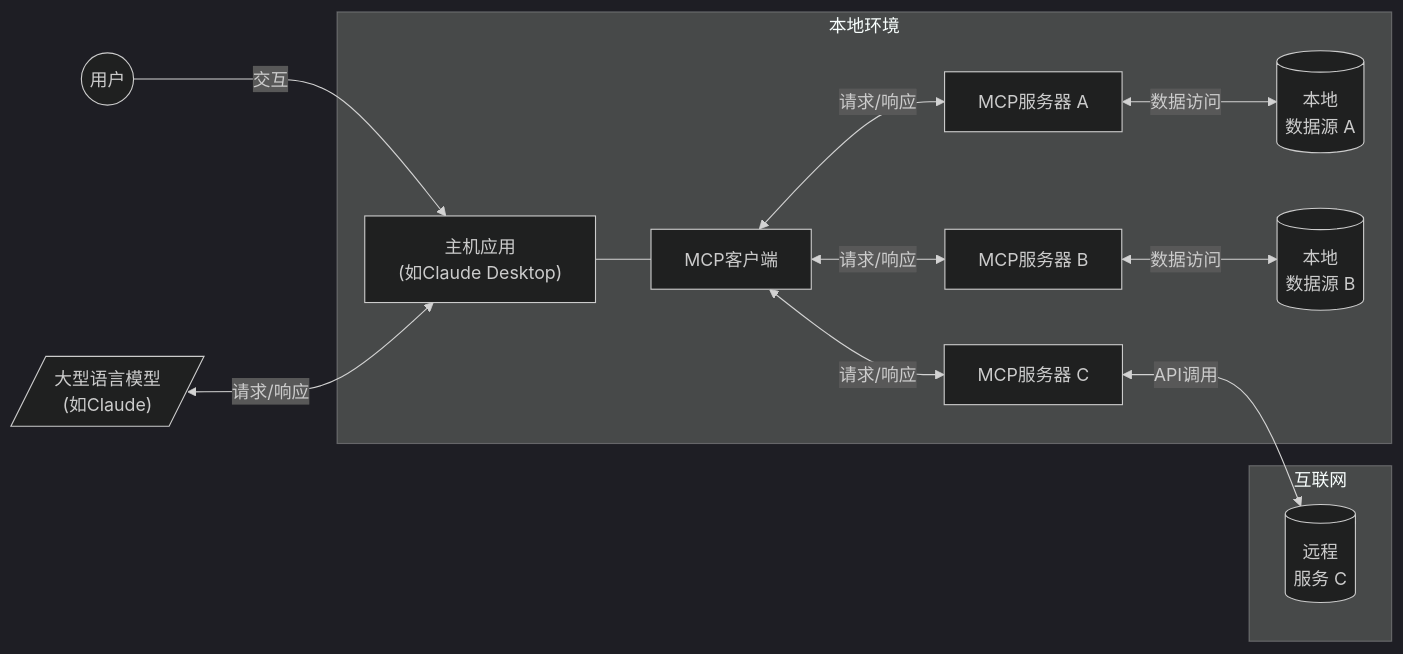
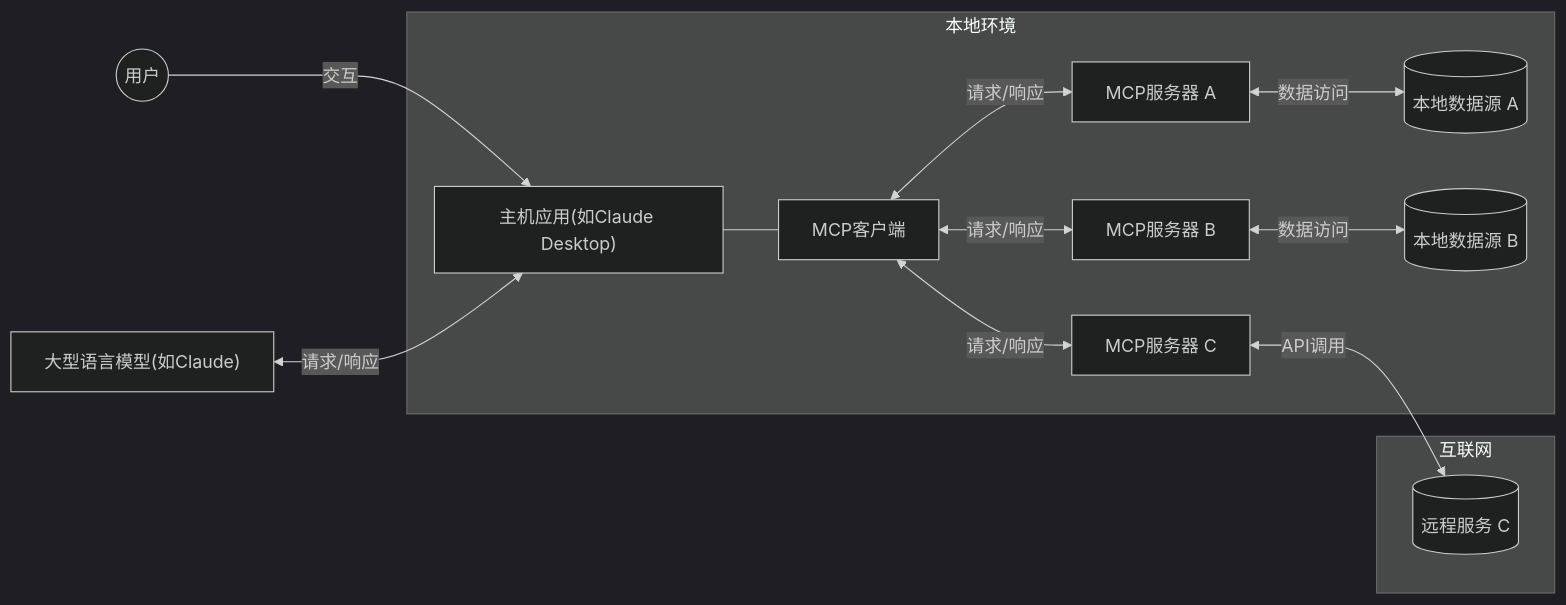
Before and after one commit to AdrianWangs/blog: the first of 6 diagrams in source/_posts/前沿技术/AI工程/2025-04-23-Introduction-to-MCP.md, drawn with Mermaid (dark theme). The commit also changed other lines of this file and 5 other files, not shown here.

````diff
--- a/source/_posts/前沿技术/AI工程/2025-04-23-Introduction-to-MCP.md
+++ b/source/_posts/前沿技术/AI工程/2025-04-23-Introduction-to-MCP.md
@@ -100,26 +101,28 @@
 ```mermaid
 flowchart LR
     subgraph "本地环境"
-        Host["主机应用\n(如Claude Desktop)"]
+        Host["主机应用(如Claude Desktop)"]
         Client["MCP客户端"]
         S1["MCP服务器 A"]
         S2["MCP服务器 B"]
         S3["MCP服务器 C"]
-        D1[("本地\n数据源 A")]
-        D2[("本地\n数据源 B")]
-      
+        D1[("本地数据源 A")]
+        D2[("本地数据源 B")]
+  
         Host --- Client
         Client <-->|"请求/响应"| S1
         Client <-->|"请求/响应"| S2
         Client <-->|"请求/响应"| S3
         S1 <-->|"数据访问"| D1
         S2 <-->|"数据访问"| D2
     end
   
     subgraph "互联网"
-        S3 <-->|"API调用"| D3[("远程\n服务 C")]
+        S3 <-->|"API调用"| D3[("远程服务 C")]
     end
   
     User((用户)) -->|"交互"| Host
-    LLM[/"大型语言模型\n(如Claude)"/] <-->|"请求/响应"| Host
+    LLM["大型语言模型(如Claude)"]
+    LLM <-->|"请求/响应"| Host
+
 ```
````
